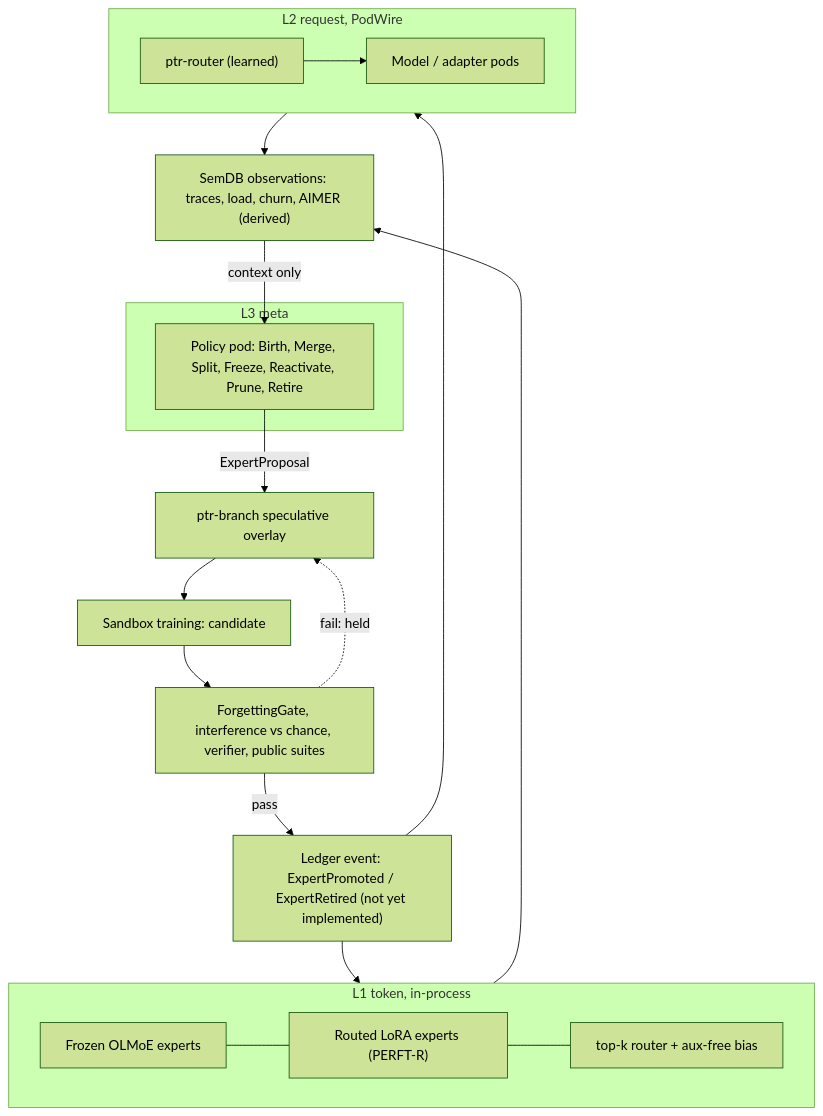
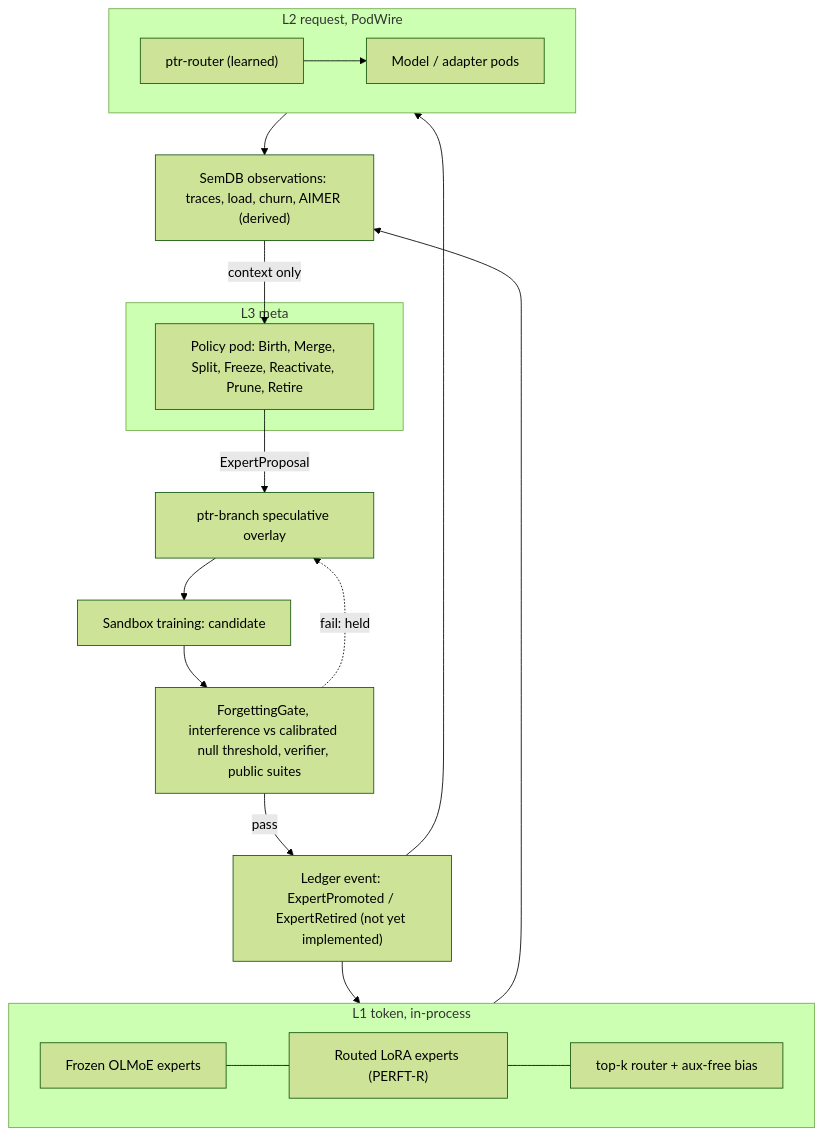
The diagram in docs/architecture/37-pod-moe.md (xrey167/PTR), drawn with Mermaid (forest theme) before and after one commit. The commit also changed other lines of this file and 3 other files, not shown here.

````diff
--- a/docs/architecture/37-pod-moe.md
+++ b/docs/architecture/37-pod-moe.md
@@ -280,23 +291,23 @@
 ```mermaid
 flowchart TB
   subgraph L1["L1 token, in-process"]
     BASE["Frozen OLMoE experts"] --- LORA["Routed LoRA experts (PERFT-R)"]
     LORA --- R1["top-k router + aux-free bias"]
   end
   subgraph L2["L2 request, PodWire"]
     R2["ptr-router (learned)"] --> PODS["Model / adapter pods"]
   end
   subgraph L3["L3 meta"]
     POL["Policy pod: Birth, Merge, Split, Freeze, Reactivate, Prune, Retire"]
   end
   L1 --> OBS["SemDB observations: traces, load, churn, AIMER (derived)"]
   L2 --> OBS
   OBS -->|context only| POL
   POL -->|ExpertProposal| BR["ptr-branch speculative overlay"]
   BR --> TR["Sandbox training: candidate"]
-  TR --> GATES["ForgettingGate, interference vs chance, verifier, public suites"]
+  TR --> GATES["ForgettingGate, interference vs calibrated null threshold, verifier, public suites"]
   GATES -->|pass| LEDGER["Ledger event: ExpertPromoted / ExpertRetired (not yet implemented)"]
   GATES -.->|fail: held| BR
   LEDGER --> L1
   LEDGER --> L2
 ```
````
